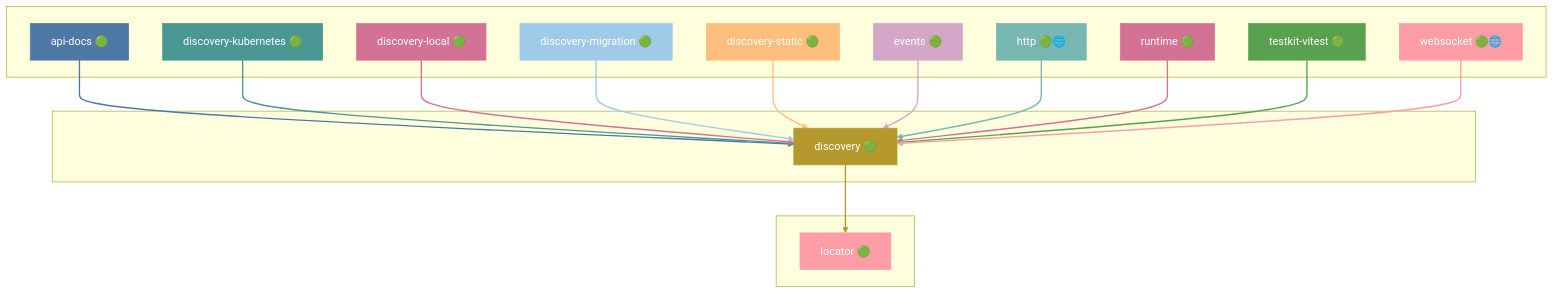
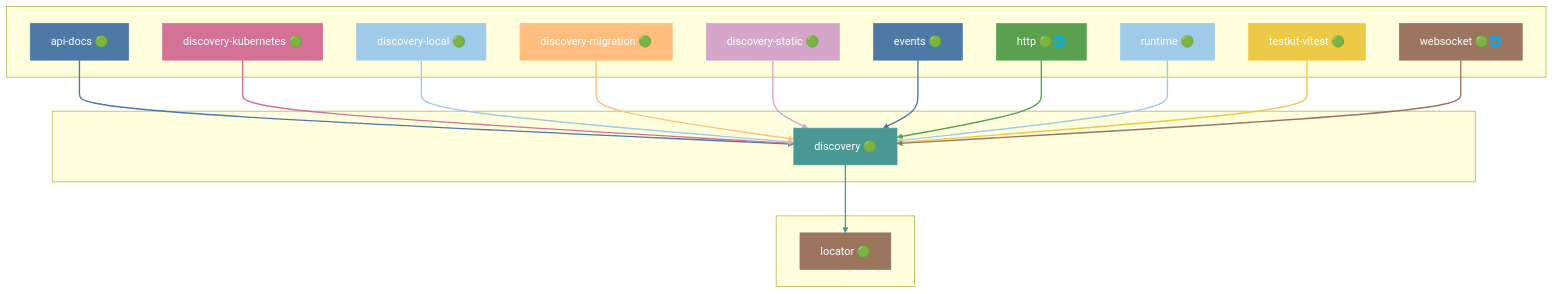
Diagram 15 of 46 in docs/DEPENDENCIES.md (grest-ts/grest-ts), drawn with Mermaid before and after one commit. The commit also changed other lines of this file and 59 other files, not shown here.

````diff
--- a/docs/DEPENDENCIES.md
+++ b/docs/DEPENDENCIES.md
@@ -829,55 +833,55 @@
 ```mermaid
 flowchart TB
     subgraph Dependents[" "]
         api-docs["api-docs 🟢"]
         discovery-kubernetes["discovery-kubernetes 🟢"]
         discovery-local["discovery-local 🟢"]
         discovery-migration["discovery-migration 🟢"]
         discovery-static["discovery-static 🟢"]
         events["events 🟢"]
         http["http 🟢🌐"]
         runtime["runtime 🟢"]
         testkit-vitest["testkit-vitest 🟢"]
         websocket["websocket 🟢🌐"]
     end
     subgraph Package[" "]
         discovery["discovery 🟢"]
     end
     subgraph Dependencies[" "]
         locator["locator 🟢"]
     end
     api-docs --> discovery
     discovery-kubernetes --> discovery
     discovery-local --> discovery
     discovery-migration --> discovery
     discovery-static --> discovery
     events --> discovery
     http --> discovery
     runtime --> discovery
     testkit-vitest --> discovery
     websocket --> discovery
     discovery --> locator
-    style discovery fill:#B6992D,stroke:#B6992D,color:#fff
+    style discovery fill:#499894,stroke:#499894,color:#fff
     style api-docs fill:#4E79A7,stroke:#4E79A7,color:#fff
-    style discovery-kubernetes fill:#499894,stroke:#499894,color:#fff
-    style discovery-local fill:#D37295,stroke:#D37295,color:#fff
-    style discovery-migration fill:#A0CBE8,stroke:#A0CBE8,color:#fff
-    style discovery-static fill:#FFBE7D,stroke:#FFBE7D,color:#fff
-    style events fill:#D4A6C8,stroke:#D4A6C8,color:#fff
-    style http fill:#76B7B2,stroke:#76B7B2,color:#fff
-    style runtime fill:#D37295,stroke:#D37295,color:#fff
-    style testkit-vitest fill:#59A14F,stroke:#59A14F,color:#fff
-    style websocket fill:#FF9DA7,stroke:#FF9DA7,color:#fff
-    style locator fill:#FF9DA7,stroke:#FF9DA7,color:#fff
+    style discovery-kubernetes fill:#D37295,stroke:#D37295,color:#fff
+    style discovery-local fill:#A0CBE8,stroke:#A0CBE8,color:#fff
+    style discovery-migration fill:#FFBE7D,stroke:#FFBE7D,color:#fff
+    style discovery-static fill:#D4A6C8,stroke:#D4A6C8,color:#fff
+    style events fill:#4E79A7,stroke:#4E79A7,color:#fff
+    style http fill:#59A14F,stroke:#59A14F,color:#fff
+    style runtime fill:#A0CBE8,stroke:#A0CBE8,color:#fff
+    style testkit-vitest fill:#EDC948,stroke:#EDC948,color:#fff
+    style websocket fill:#9C755F,stroke:#9C755F,color:#fff
+    style locator fill:#9C755F,stroke:#9C755F,color:#fff
     linkStyle 0 stroke:#4E79A7,stroke-width:2px
-    linkStyle 1 stroke:#499894,stroke-width:2px
-    linkStyle 2 stroke:#D37295,stroke-width:2px
-    linkStyle 3 stroke:#A0CBE8,stroke-width:2px
-    linkStyle 4 stroke:#FFBE7D,stroke-width:2px
-    linkStyle 5 stroke:#D4A6C8,stroke-width:2px
-    linkStyle 6 stroke:#76B7B2,stroke-width:2px
-    linkStyle 7 stroke:#D37295,stroke-width:2px
-    linkStyle 8 stroke:#59A14F,stroke-width:2px
-    linkStyle 9 stroke:#FF9DA7,stroke-width:2px
-    linkStyle 10 stroke:#B6992D,stroke-width:2px
+    linkStyle 1 stroke:#D37295,stroke-width:2px
+    linkStyle 2 stroke:#A0CBE8,stroke-width:2px
+    linkStyle 3 stroke:#FFBE7D,stroke-width:2px
+    linkStyle 4 stroke:#D4A6C8,stroke-width:2px
+    linkStyle 5 stroke:#4E79A7,stroke-width:2px
+    linkStyle 6 stroke:#59A14F,stroke-width:2px
+    linkStyle 7 stroke:#A0CBE8,stroke-width:2px
+    linkStyle 8 stroke:#EDC948,stroke-width:2px
+    linkStyle 9 stroke:#9C755F,stroke-width:2px
+    linkStyle 10 stroke:#499894,stroke-width:2px
 ```
````
